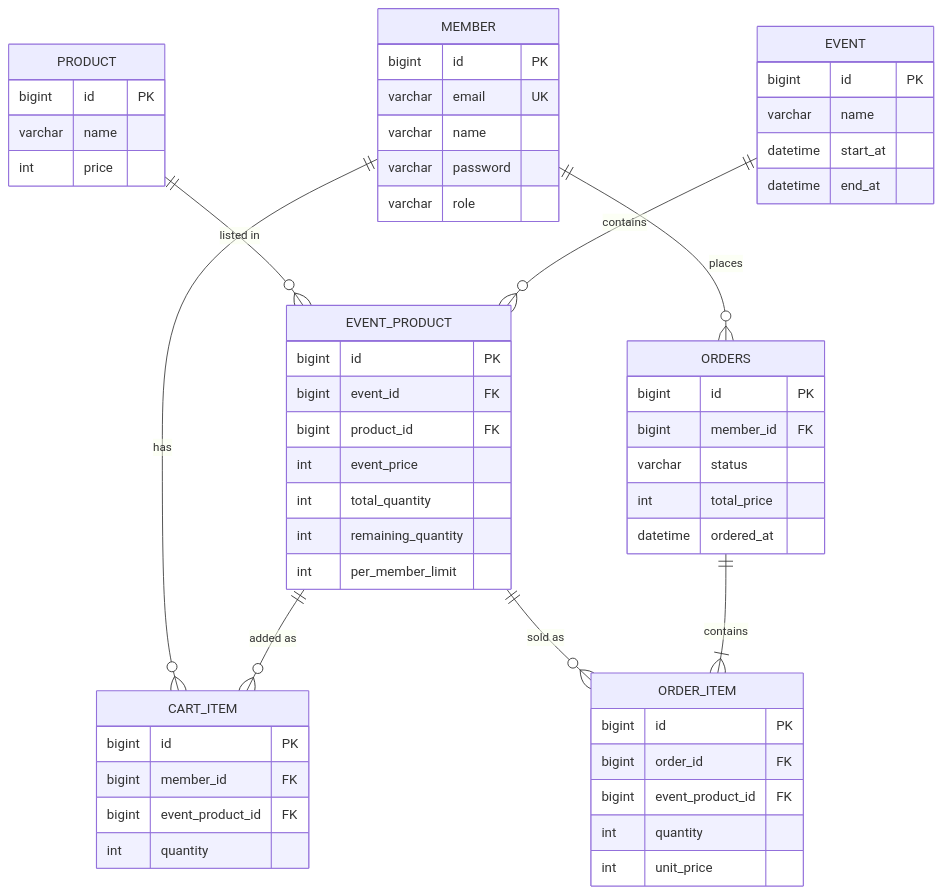
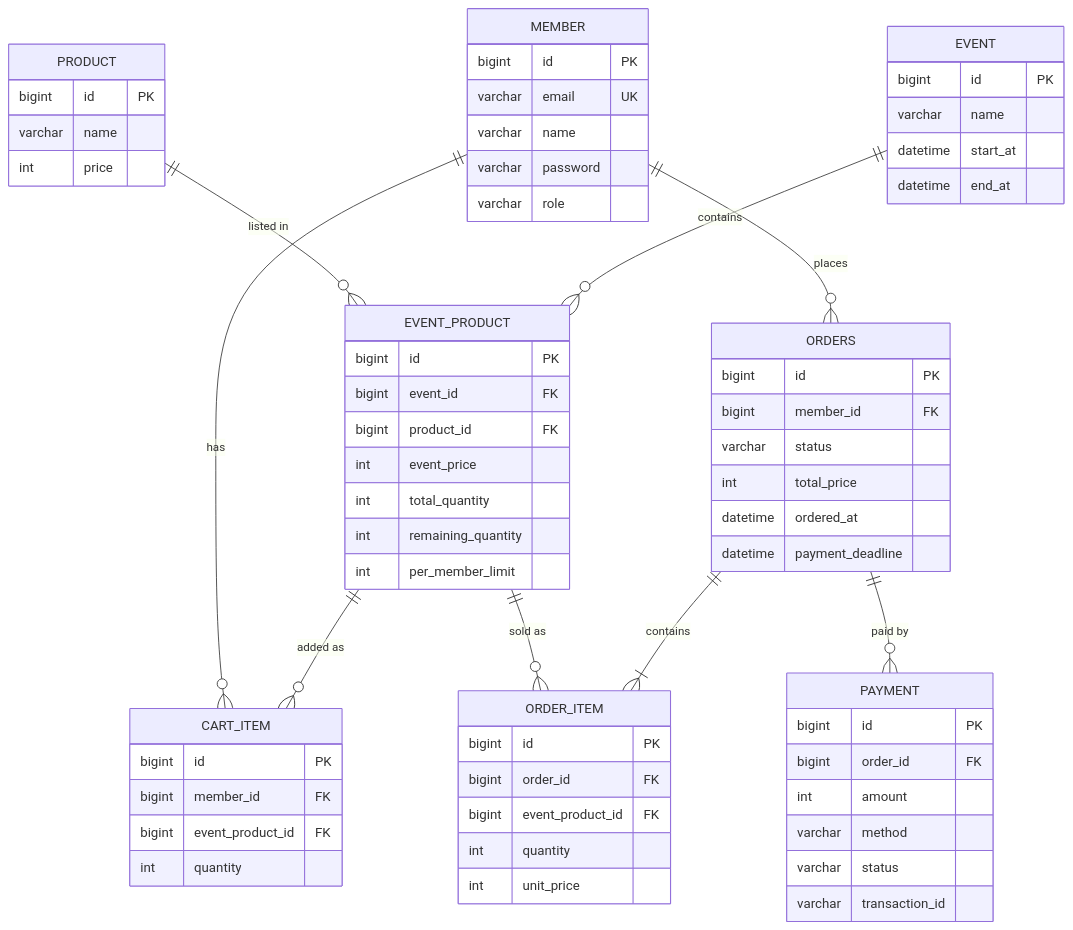
The diagram in docs/DESIGN.md (myeongjin123/eventCart), drawn with Mermaid before and after one commit. The commit also changed other lines of this file and 1 other file, not shown here.

````diff
--- a/docs/DESIGN.md
+++ b/docs/DESIGN.md
@@ -53,44 +56,52 @@
 ```mermaid
 erDiagram
     MEMBER ||--o{ CART_ITEM : has
     MEMBER ||--o{ ORDERS : places
     PRODUCT ||--o{ EVENT_PRODUCT : "listed in"
     EVENT ||--o{ EVENT_PRODUCT : contains
     EVENT_PRODUCT ||--o{ CART_ITEM : "added as"
     EVENT_PRODUCT ||--o{ ORDER_ITEM : "sold as"
     ORDERS ||--|{ ORDER_ITEM : contains
+    ORDERS ||--o{ PAYMENT : "paid by"
 
     MEMBER { bigint id PK
              varchar email UK
              varchar name
              varchar password
              varchar role }
     PRODUCT { bigint id PK
               varchar name
               int price }
     EVENT { bigint id PK
             varchar name
             datetime start_at
             datetime end_at }
     EVENT_PRODUCT { bigint id PK
                     bigint event_id FK
                     bigint product_id FK
                     int event_price
                     int total_quantity
                     int remaining_quantity
                     int per_member_limit }
     CART_ITEM { bigint id PK
                 bigint member_id FK
                 bigint event_product_id FK
                 int quantity }
     ORDERS { bigint id PK
              bigint member_id FK
              varchar status
              int total_price
-             datetime ordered_at }
+             datetime ordered_at
+             datetime payment_deadline }
+    PAYMENT { bigint id PK
+              bigint order_id FK
+              int amount
+              varchar method
+              varchar status
+              varchar transaction_id }
     ORDER_ITEM { bigint id PK
                  bigint order_id FK
                  bigint event_product_id FK
                  int quantity
                  int unit_price }
 ```
````
